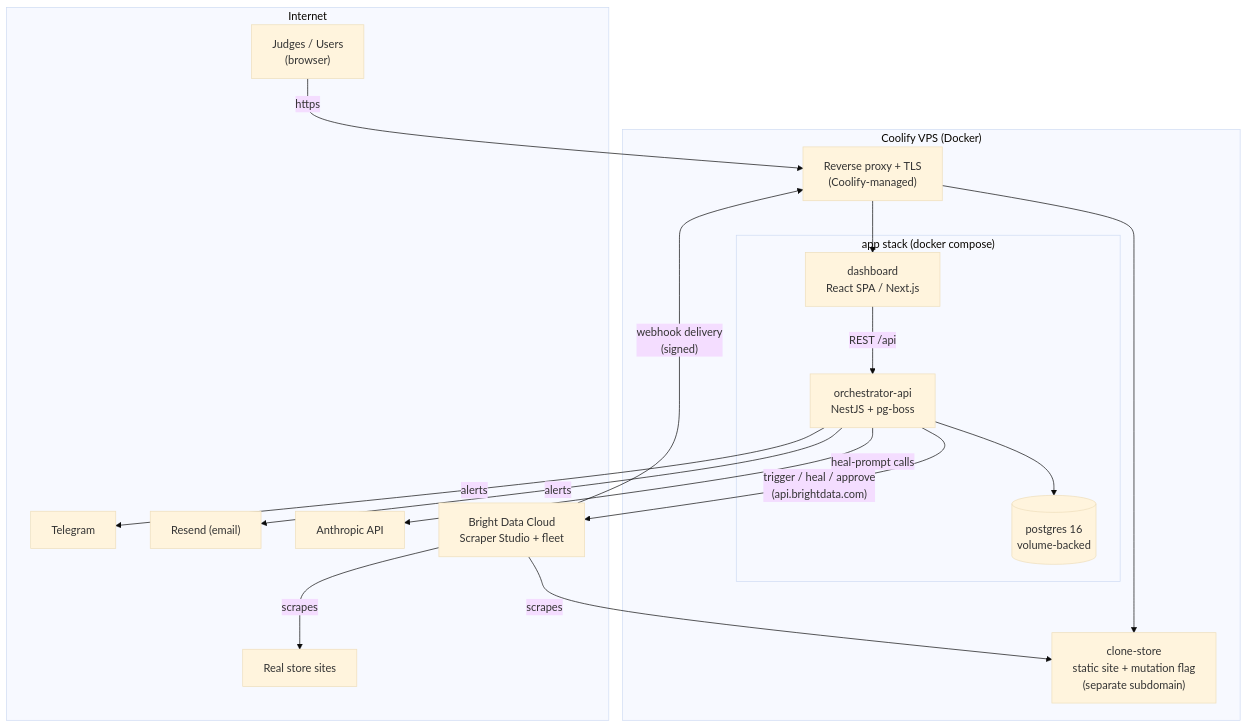
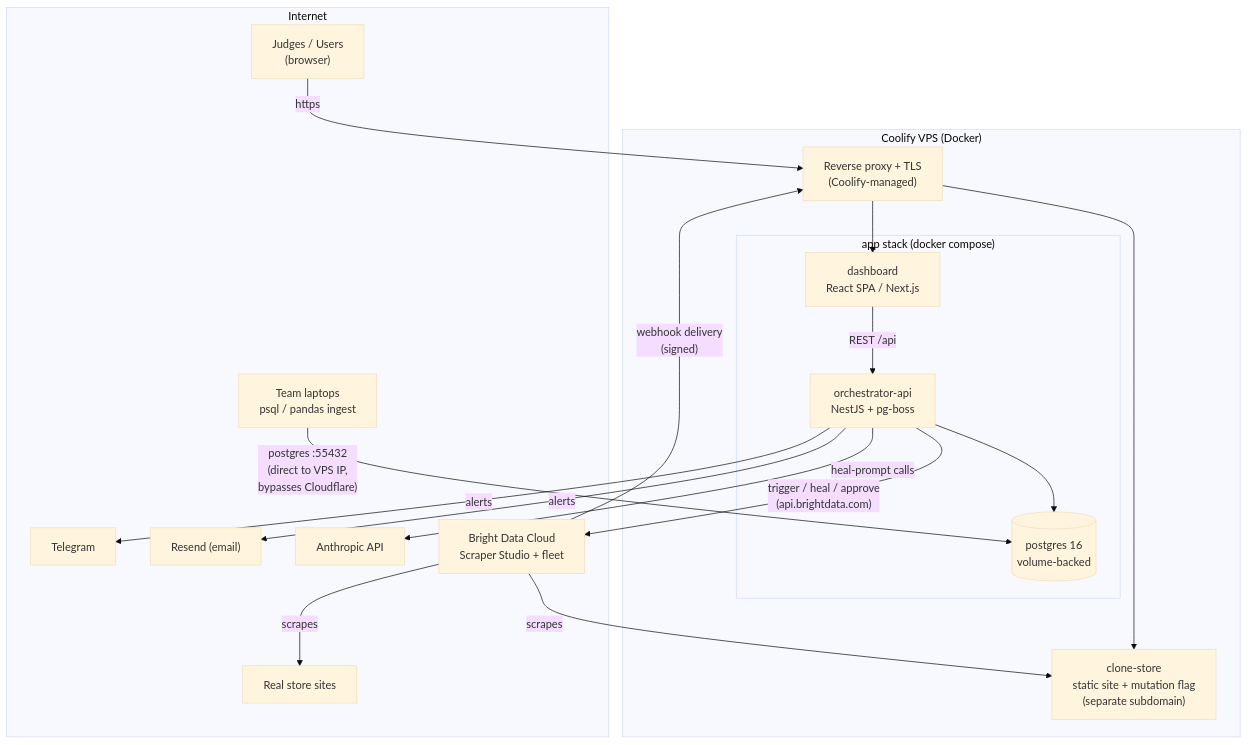
The diagram in docs/diagrams/deployment.mmd (spencerjireh/basketwatch), drawn with Mermaid (base theme) before and after one commit. The commit also changed 12 other files, not shown here.

```diff
--- a/docs/diagrams/deployment.mmd
+++ b/docs/diagrams/deployment.mmd
@@ -1,32 +1,34 @@
 flowchart TB
     subgraph INET["Internet"]
         JUDGE["Judges / Users<br/>(browser)"]
         TG["Telegram"]
         RESEND["Resend (email)"]
         ANTHROPIC["Anthropic API"]
         BDCLOUD["Bright Data Cloud<br/>Scraper Studio + fleet"]
         STORES["Real store sites"]
+        TEAM["Team laptops<br/>psql / pandas ingest"]
     end
 
     subgraph COOLIFY["Coolify VPS (Docker)"]
         PROXY["Reverse proxy + TLS<br/>(Coolify-managed)"]
         subgraph APP["app stack (docker compose)"]
             WEB["dashboard<br/>React SPA / Next.js"]
             APIC["orchestrator-api<br/>NestJS + pg-boss"]
             PG[("postgres 16<br/>volume-backed")]
         end
         CLONE["clone-store<br/>static site + mutation flag<br/>(separate subdomain)"]
     end
 
     JUDGE -->|https| PROXY
     PROXY --> WEB
     PROXY --> CLONE
     WEB -->|REST /api| APIC
     APIC --> PG
     APIC -->|"trigger / heal / approve<br/>(api.brightdata.com)"| BDCLOUD
     BDCLOUD -->|"webhook delivery<br/>(signed)"| PROXY
     BDCLOUD -->|scrapes| STORES
     BDCLOUD -->|scrapes| CLONE
     APIC -->|heal-prompt calls| ANTHROPIC
     APIC -->|alerts| RESEND
     APIC -->|alerts| TG
+    TEAM -->|"postgres :55432<br/>(direct to VPS IP,<br/>bypasses Cloudflare)"| PG
```
